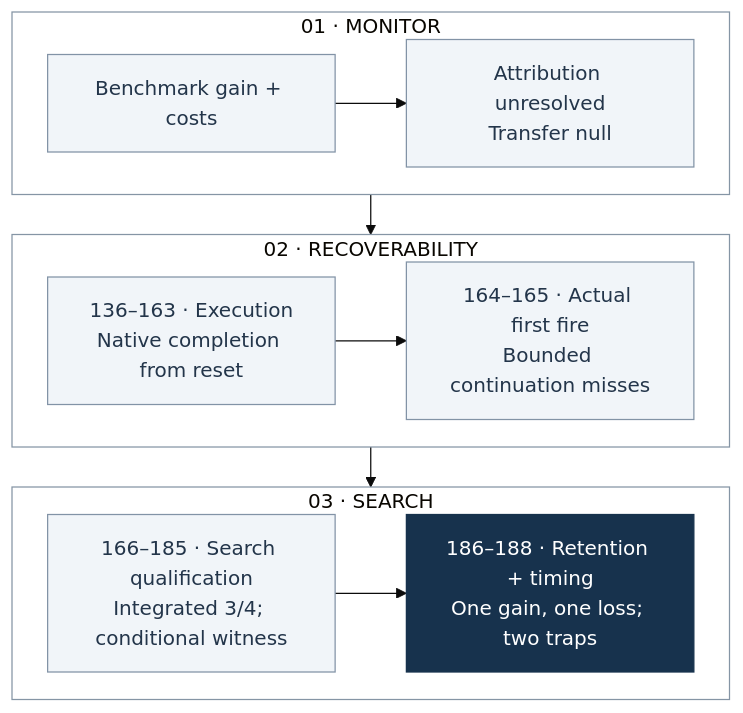
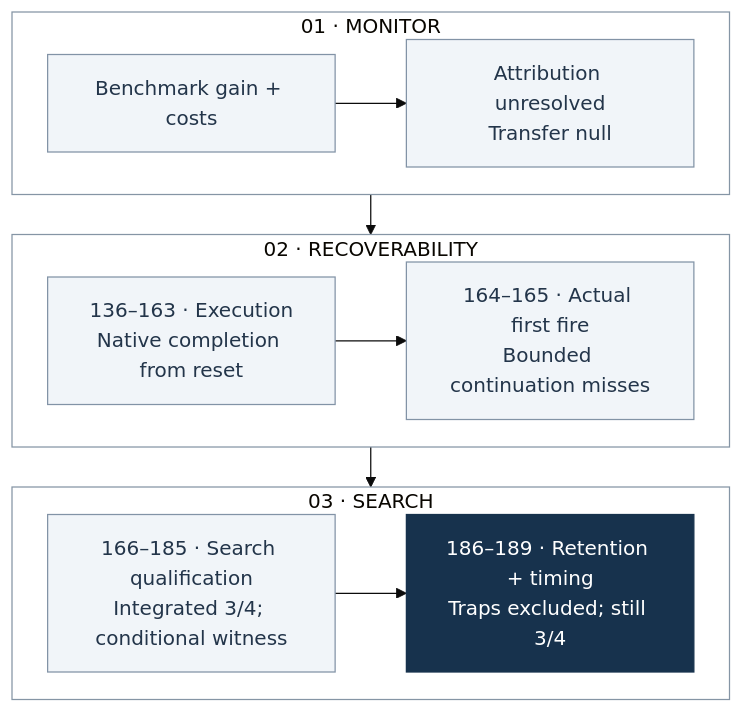
The third of 4 diagrams in README.md (manfromnowhere143/sentinel), drawn with Mermaid (base theme) before and after one commit. The commit also changed other lines of this file and 42 other files, not shown here.

Commit message:
Close Iter189 timing trial and document the remaining expansion question

````diff
--- a/README.md
+++ b/README.md
@@ -305,32 +308,32 @@
 ```mermaid
 ---
 config:
   flowchart:
     curve: linear
     nodeSpacing: 24
     wrappingWidth: 170
     rankSpacing: 32
 ---
 flowchart TB
-  accTitle: Research progress through Iter188
+  accTitle: Research progress through Iter189
   accDescr: Three phases preserve gains and failures. First-fire recovery remains open.
   subgraph A["01 · MONITOR"]
     direction LR
     N["Benchmark gain + costs"] --> T["Attribution unresolved<br/>Transfer null"]
   end
   subgraph B["02 · RECOVERABILITY"]
     direction LR
     E["136–163 · Execution<br/>Native completion from reset"] --> H["164–165 · Actual first fire<br/>Bounded continuation misses"]
   end
   subgraph C["03 · SEARCH"]
     direction LR
-    Q["166–185 · Search qualification<br/>Integrated 3/4; conditional witness"] --> R["186–188 · Retention + timing<br/>One gain, one loss; two traps"]
+    Q["166–185 · Search qualification<br/>Integrated 3/4; conditional witness"] --> R["186–189 · Retention + timing<br/>Traps excluded; still 3/4"]
   end
   A --> B --> C
   classDef default fill:#f1f5f9,stroke:#8293a6,color:#23354a;
   classDef focus fill:#17324d,stroke:#17324d,color:#fff;
   class R focus;
   style A fill:transparent,stroke:#8595a5
   style B fill:transparent,stroke:#8595a5
   style C fill:transparent,stroke:#8595a5
 ```
````
